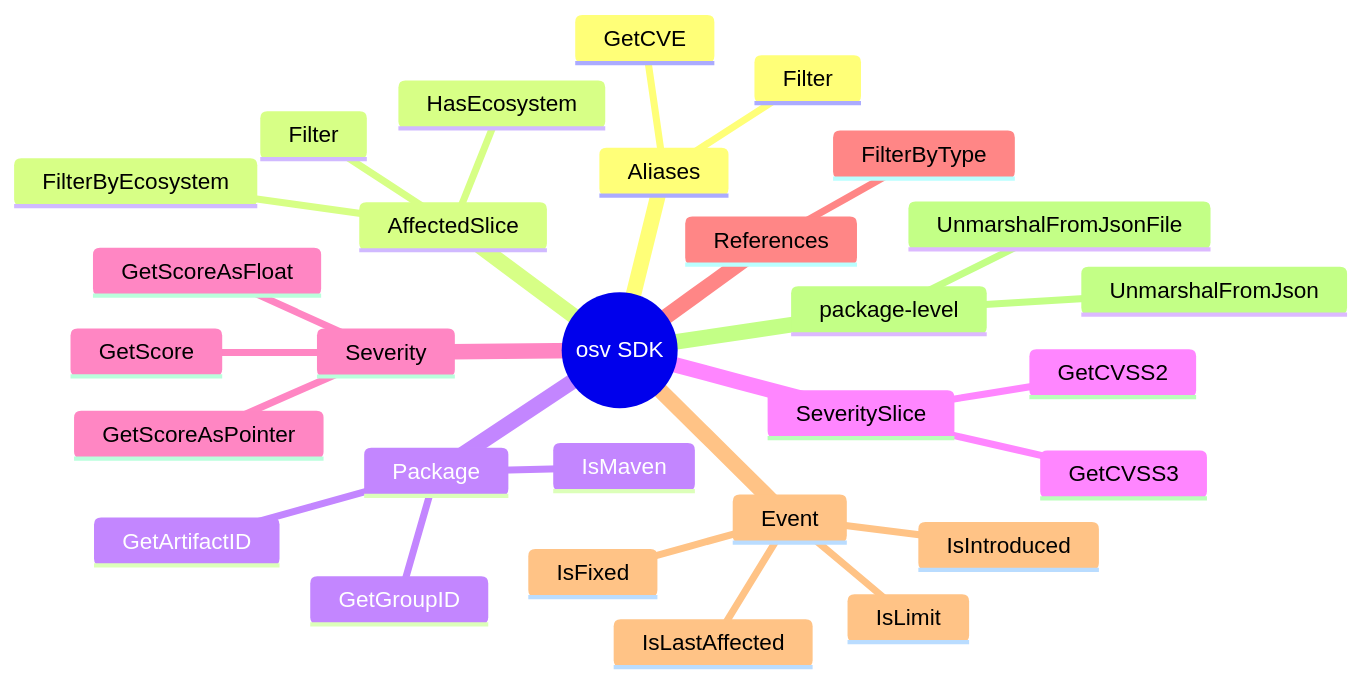
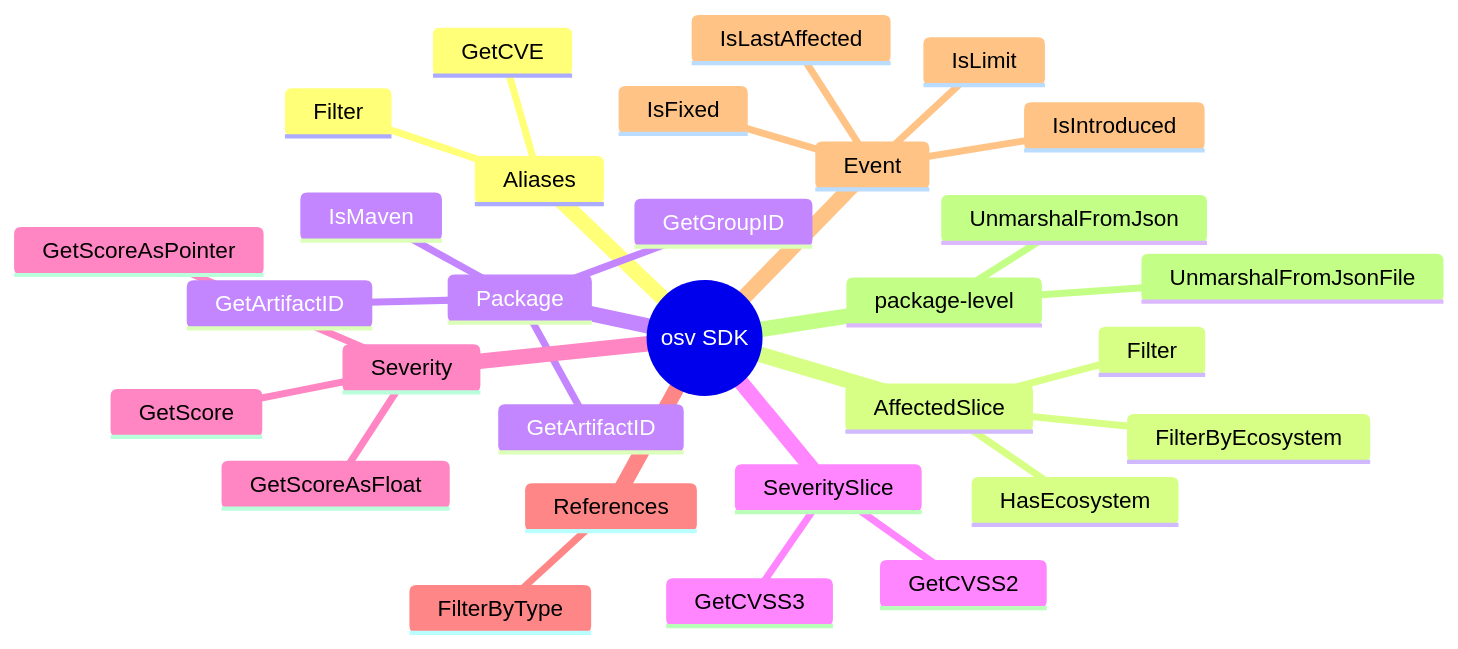
The first of 8 diagrams in website/reference/methods.md (scagogogo/osv-schema-skills), drawn with Mermaid before and after one commit. The commit also changed other lines of this file, not shown here.

First line of the commit message:
docs(website): add missing GetArtifactID to methods reference (EN)

````diff
--- a/website/reference/methods.md
+++ b/website/reference/methods.md
@@ -9,32 +9,33 @@
 ```mermaid
 mindmap
   root((osv SDK))
     Aliases
       GetCVE
       Filter
     AffectedSlice
       HasEcosystem
       FilterByEcosystem
       Filter
     Package
       IsMaven
       GetGroupID
+      GetArtifactID
       GetArtifactID
     SeveritySlice
       GetCVSS3
       GetCVSS2
     Severity
       GetScore
       GetScoreAsFloat
       GetScoreAsPointer
     References
       FilterByType
     Event
       IsIntroduced
       IsFixed
       IsLastAffected
       IsLimit
     package-level
       UnmarshalFromJson
       UnmarshalFromJsonFile
 ```
````
